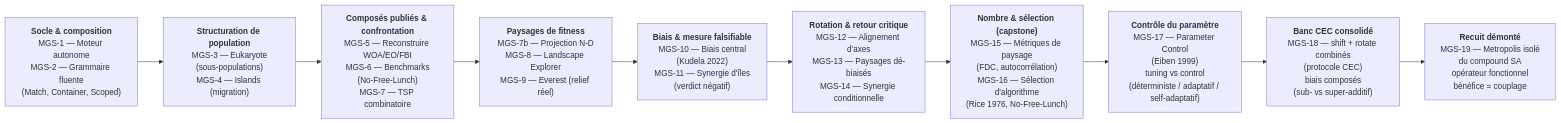
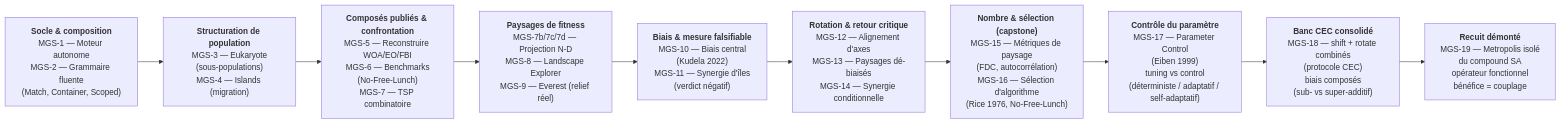
The diagram in MyIA.AI.Notebooks/Search/Part4-Metaheuristics/README.md (jsboige/CoursIA), drawn with Mermaid before and after one commit. The commit also changed other lines of this file, not shown here.

First line of the commit message:
docs(search,#4959): reconcile Part4 leaf README with MGS-7b/7c/7d trilogy (20->22 notebooks)

````diff
--- a/MyIA.AI.Notebooks/Search/Part4-Metaheuristics/README.md
+++ b/MyIA.AI.Notebooks/Search/Part4-Metaheuristics/README.md
@@ -81,14 +83,14 @@
 ```mermaid
 flowchart LR
     W1["<b>Socle &amp; composition</b><br/>MGS-1 — Moteur autonome<br/>MGS-2 — Grammaire fluente<br/>(Match, Container, Scoped)"]
     W2["<b>Structuration de population</b><br/>MGS-3 — Eukaryote<br/>(sous-populations)<br/>MGS-4 — Islands (migration)"]
     W3["<b>Composés publiés &amp; confrontation</b><br/>MGS-5 — Reconstruire WOA/EO/FBI<br/>MGS-6 — Benchmarks<br/>(No-Free-Lunch)<br/>MGS-7 — TSP combinatoire"]
-    W4["<b>Paysages de fitness</b><br/>MGS-7b — Projection N-D<br/>MGS-8 — Landscape Explorer<br/>MGS-9 — Everest (relief réel)"]
+    W4["<b>Paysages de fitness</b><br/>MGS-7b/7c/7d — Projection N-D<br/>MGS-8 — Landscape Explorer<br/>MGS-9 — Everest (relief réel)"]
     W5["<b>Biais &amp; mesure falsifiable</b><br/>MGS-10 — Biais central<br/>(Kudela 2022)<br/>MGS-11 — Synergie d'îles<br/>(verdict négatif)"]
     W6["<b>Rotation &amp; retour critique</b><br/>MGS-12 — Alignement d'axes<br/>MGS-13 — Paysages dé-biaisés<br/>MGS-14 — Synergie conditionnelle"]
     W7["<b>Nombre &amp; sélection (capstone)</b><br/>MGS-15 — Métriques de paysage<br/>(FDC, autocorrélation)<br/>MGS-16 — Sélection d'algorithme<br/>(Rice 1976, No-Free-Lunch)"]
     W8["<b>Contrôle du paramètre</b><br/>MGS-17 — Parameter Control<br/>(Eiben 1999)<br/>tuning vs control<br/>(déterministe / adaptatif / self-adaptatif)"]
     W9["<b>Banc CEC consolidé</b><br/>MGS-18 — shift + rotate combinés<br/>(protocole CEC)<br/>biais composés<br/>(sub- vs super-additif)"]
     W10["<b>Recuit démonté</b><br/>MGS-19 — Metropolis isolé<br/>du compound SA<br/>opérateur fonctionnel<br/>bénéfice = couplage"]
     W1 --> W2 --> W3 --> W4 --> W5 --> W6 --> W7 --> W8 --> W9 --> W10
 ```
````
